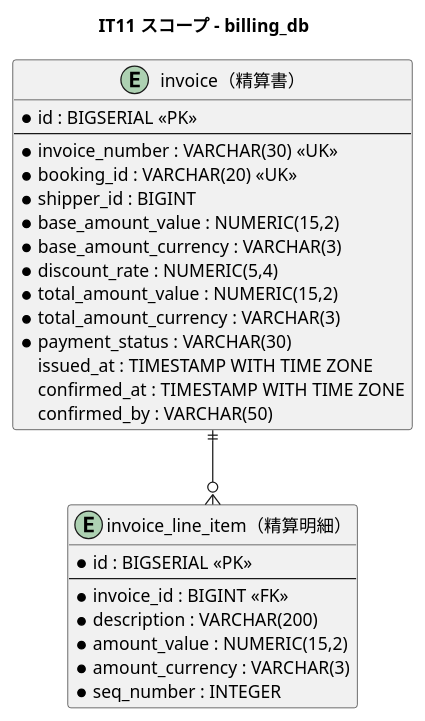
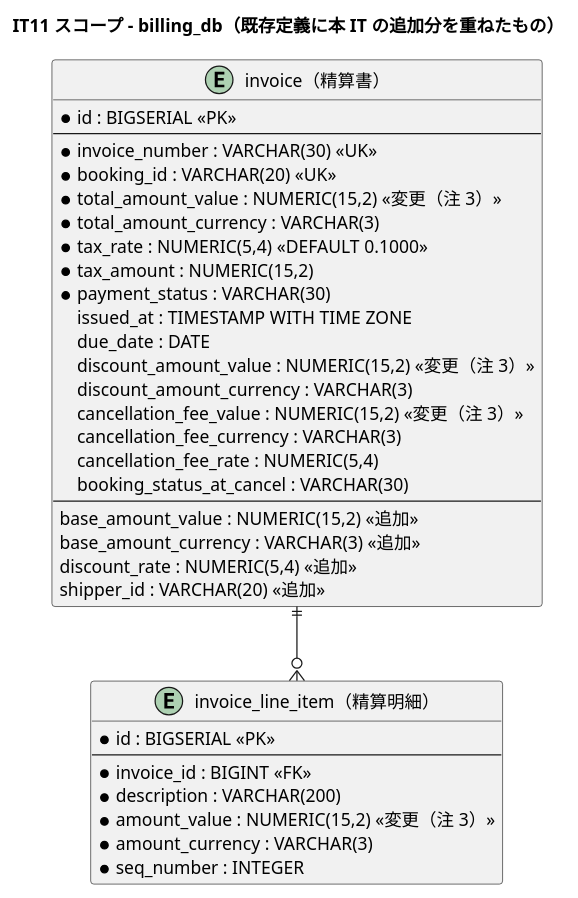
Before and after one commit to k2works/case-study-cargo-tracker: the third of 4 diagrams in docs/development/iteration_plan-11.md, drawn with PlantUML. The commit also changed other lines of this file, not shown here.

````diff
--- a/docs/development/iteration_plan-11.md
+++ b/docs/development/iteration_plan-11.md
@@ -173,35 +229,44 @@
 ```plantuml
 @startuml
-title IT11 スコープ - billing_db
+title IT11 スコープ - billing_db（既存定義に本 IT の追加分を重ねたもの）
 
 entity "invoice（精算書）" as invoice {
   * id : BIGSERIAL <<PK>>
   --
   * invoice_number : VARCHAR(30) <<UK>>
   * booking_id : VARCHAR(20) <<UK>>
-  * shipper_id : BIGINT
-  * base_amount_value : NUMERIC(15,2)
-  * base_amount_currency : VARCHAR(3)
-  * discount_rate : NUMERIC(5,4)
-  * total_amount_value : NUMERIC(15,2)
+  * total_amount_value : NUMERIC(15,2) <<変更（注 3）>>
   * total_amount_currency : VARCHAR(3)
+  * tax_rate : NUMERIC(5,4) <<DEFAULT 0.1000>>
+  * tax_amount : NUMERIC(15,2)
   * payment_status : VARCHAR(30)
   issued_at : TIMESTAMP WITH TIME ZONE
-  confirmed_at : TIMESTAMP WITH TIME ZONE
-  confirmed_by : VARCHAR(50)
+  due_date : DATE
+  discount_amount_value : NUMERIC(15,2) <<変更（注 3）>>
+  discount_amount_currency : VARCHAR(3)
+  cancellation_fee_value : NUMERIC(15,2) <<変更（注 3）>>
+  cancellation_fee_currency : VARCHAR(3)
+  cancellation_fee_rate : NUMERIC(5,4)
+  booking_status_at_cancel : VARCHAR(30)
+  --
+  ' 本 IT で追加する列（注 11）
+  base_amount_value : NUMERIC(15,2) <<追加>>
+  base_amount_currency : VARCHAR(3) <<追加>>
+  discount_rate : NUMERIC(5,4) <<追加>>
+  shipper_id : VARCHAR(20) <<追加>>
 }
 
 entity "invoice_line_item（精算明細）" as line {
   * id : BIGSERIAL <<PK>>
   --
   * invoice_id : BIGINT <<FK>>
   * description : VARCHAR(200)
-  * amount_value : NUMERIC(15,2)
+  * amount_value : NUMERIC(15,2) <<変更（注 3）>>
   * amount_currency : VARCHAR(3)
   * seq_number : INTEGER
 }
 
 invoice ||--o{ line
 
 @enduml
 ```
````
